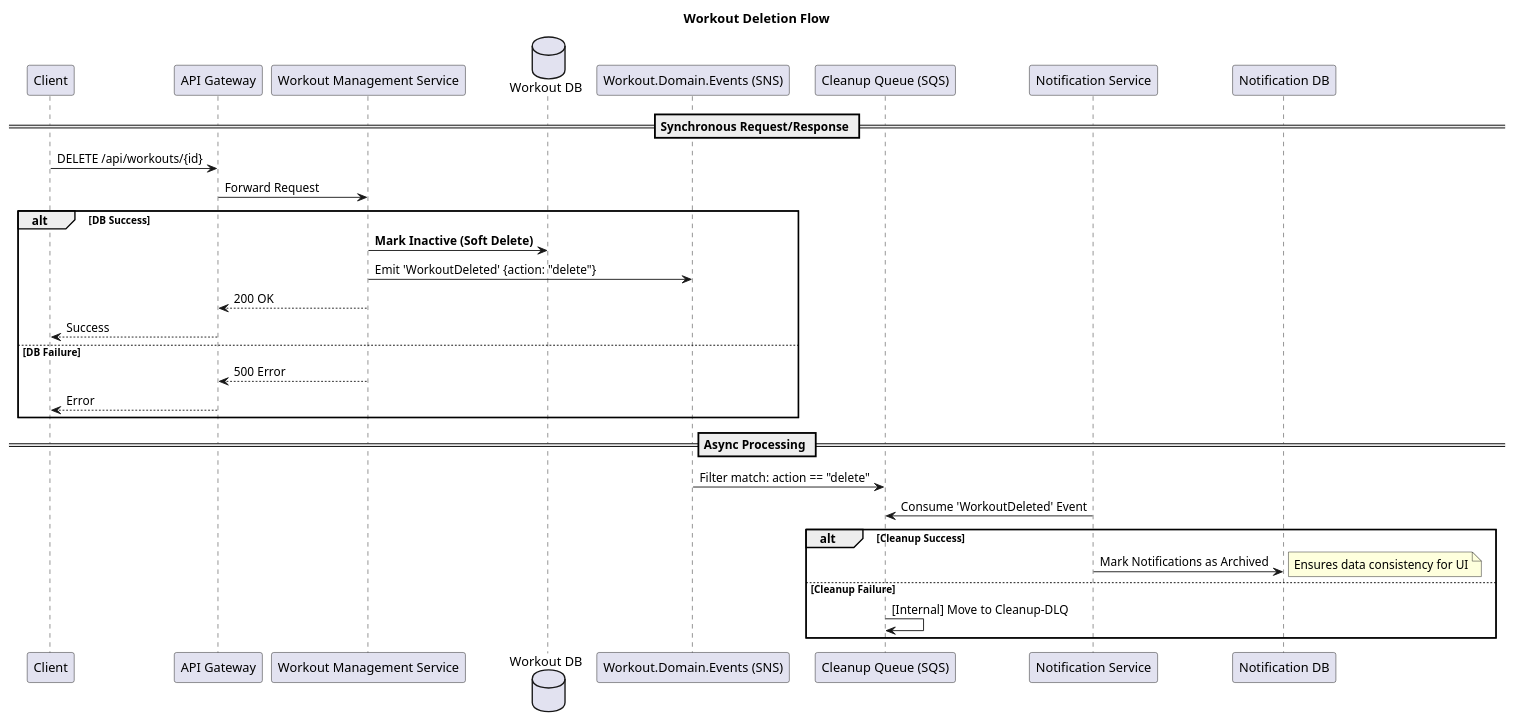
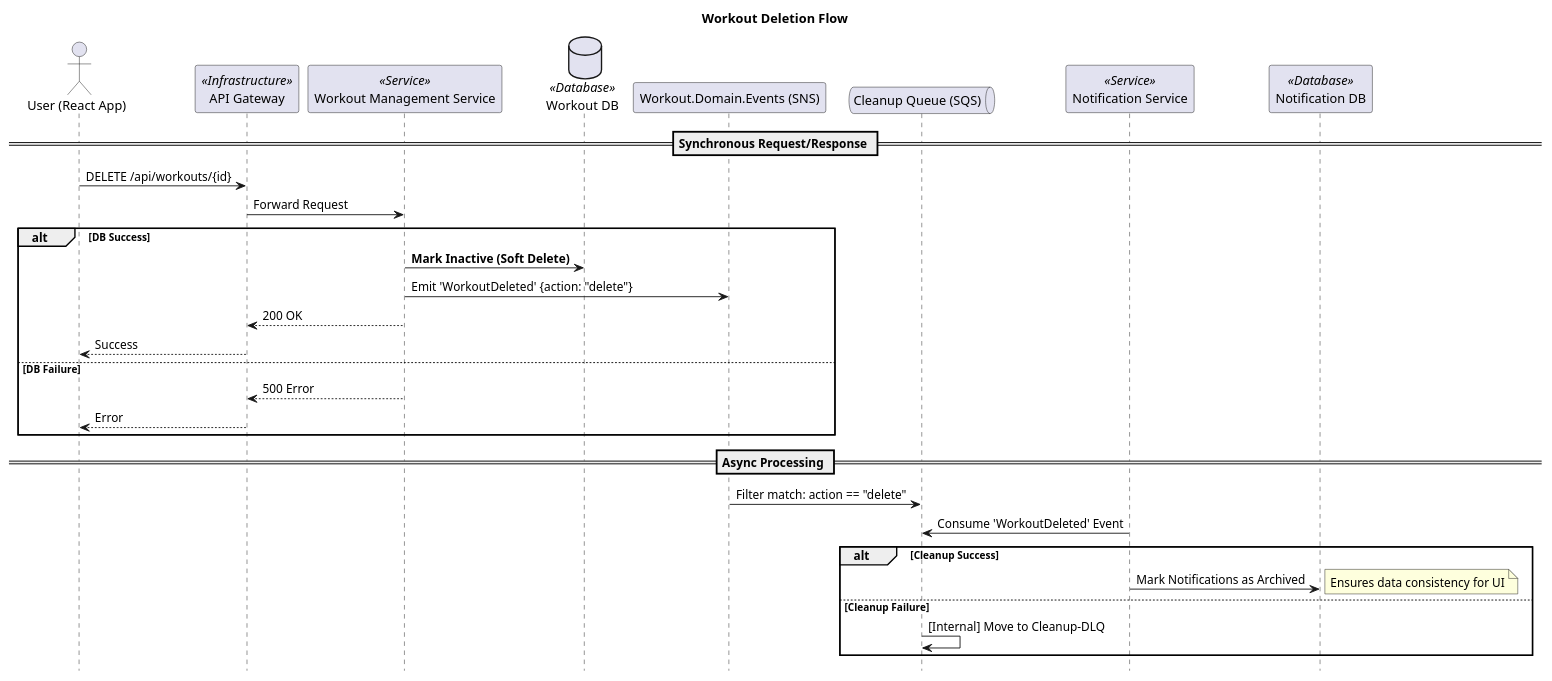
The diagram in arc42/images/workout-delete.puml (apratt3377/fitness-tracker), drawn with PlantUML before and after one commit. The commit also changed 45 other files, not shown here.

```diff
--- a/arc42/images/workout-delete.puml
+++ b/arc42/images/workout-delete.puml
@@ -1,50 +1,51 @@
 @startuml
+hide footbox
 title Workout Deletion Flow
 
 ' Tier 1: External & Entry
-participant "Client" as C
-participant "API Gateway" as APIG
+actor "User (React App)" as C 
+participant "API Gateway" as APIG <<Infrastructure>>
 
 ' Tier 2: Core Domain
-participant "Workout Management Service" as WS
-database "Workout DB" as WDB
+participant "Workout Management Service" as WS <<Service>>
+database "Workout DB" as WDB <<Database>>
 
 ' Tier 3: Async Infrastructure
 participant "Workout.Domain.Events (SNS)" as WTSNS
-participant "Cleanup Queue (SQS)" as CQ
+queue "Cleanup Queue (SQS)" as CQ
 
 ' Tier 4: Downstream Consumers
-participant "Notification Service" as NS
-participant "Notification DB" as NDB
+participant "Notification Service" as NS <<Service>>
+participant "Notification DB" as NDB <<Database>>
 
 == Synchronous Request/Response ==
 
 C -> APIG : DELETE /api/workouts/{id}
 APIG -> WS : Forward Request
 
 alt DB Success
     WS -> WDB : **Mark Inactive (Soft Delete)**
     
     WS -> WTSNS : Emit 'WorkoutDeleted' {action: "delete"}
     
     WS --> APIG : 200 OK
     APIG --> C : Success
 else DB Failure
     WS --> APIG : 500 Error
     APIG --> C : Error
 end
 
 == Async Processing ==
 
 WTSNS -> CQ : Filter match: action == "delete"
 
 NS -> CQ : Consume 'WorkoutDeleted' Event
 
 alt Cleanup Success
     NS -> NDB : Mark Notifications as Archived
     note right: Ensures data consistency for UI
 else Cleanup Failure
     CQ -> CQ : [Internal] Move to Cleanup-DLQ
 end
 
 @enduml
```
